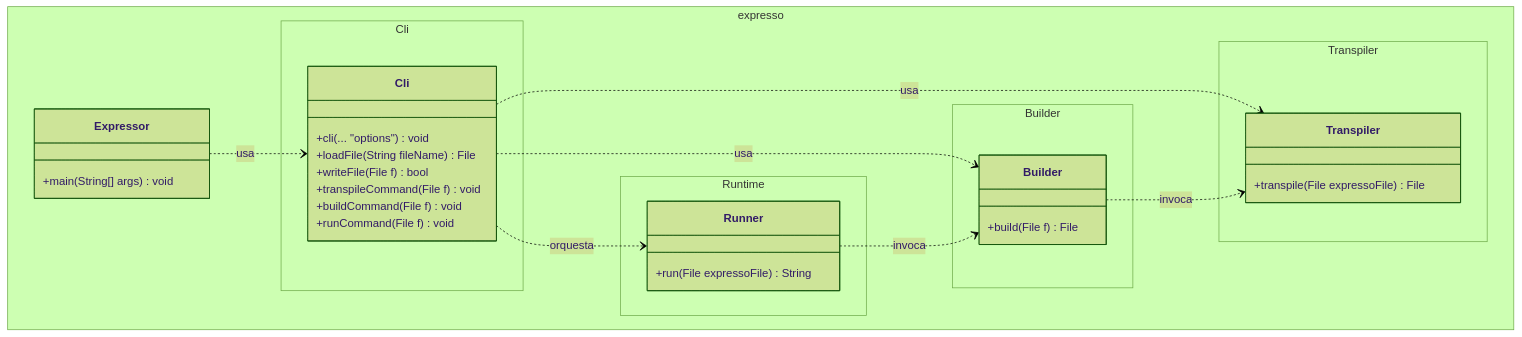
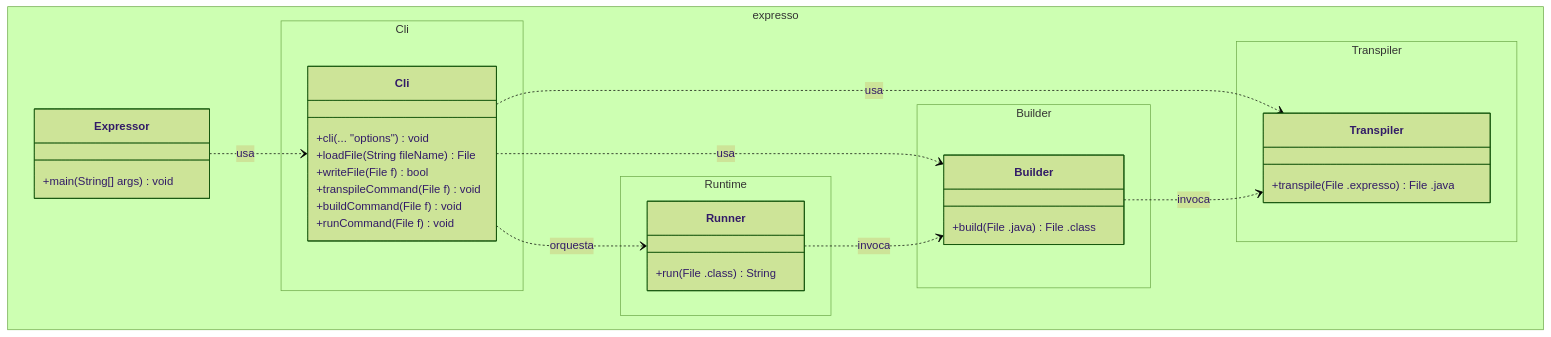
One commit to anthonyOviedo/Expresso changed the diagram in UML.mmd. Above: the diagram before and after it, drawn with Mermaid (forest theme).

```diff
--- a/UML.mmd
+++ b/UML.mmd
@@ -1,51 +1,51 @@
 classDiagram
 %% =======================
 %% Paquetes / namespaces
 %% =======================
 
 namespace expresso{
   class Expressor {
     +main(String[] args) void
   }
 }
 
 namespace expresso.Cli {
   class Cli {
     +cli(... "options") void
     +loadFile(String fileName) File
     +writeFile(File f) bool
     +transpileCommand(File f) void
     +buildCommand(File f) void
     +runCommand(File f) void
   }
 }
 
 
 namespace expresso.Transpiler {
   class Transpiler {
-    +transpile(File expressoFile) File
+    +transpile(File .expresso) File .java
   }
 }
 
 namespace expresso.Builder {
   class Builder {
-    +build(File f) File
+    +build(File .java) File .class
   }
 }
 
 namespace expresso.Runtime {
   class Runner {
-    +run(File expressoFile) String
+    +run(File .class) String
   }
 }
 
 %% =======================
 %% Relaciones internas
 %% =======================
 Expressor ..> Cli : usa
 Cli ..> Transpiler : usa
 Cli ..> Builder  : usa
 Cli ..> Runner     : orquesta
 
 Builder ..> Transpiler : invoca
 Runner    ..> Builder  : invoca
```
